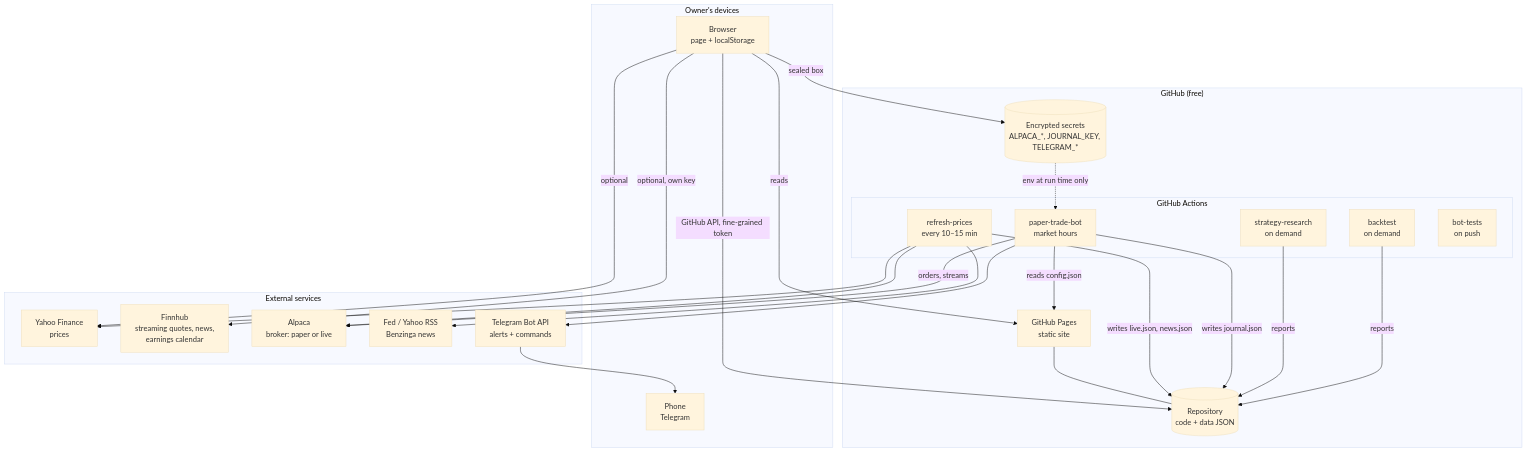
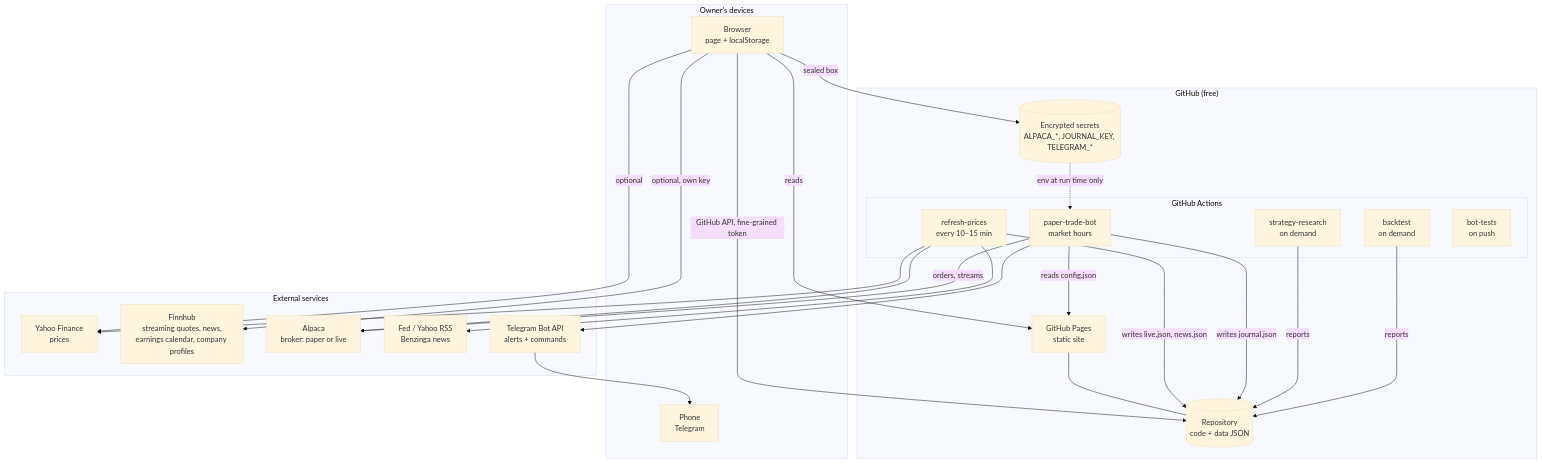
The third of 7 diagrams in docs/ARCHITECTURE.md (harimula/signal-desk), drawn with Mermaid (base theme) before and after one commit. The commit also changed other lines of this file and 5 other files, not shown here.

First line of the commit message:
Earnings: Big companies board, gold band for big companies in the full calendar

````diff
--- a/docs/ARCHITECTURE.md
+++ b/docs/ARCHITECTURE.md
@@ -109,43 +109,43 @@
 ```mermaid
 flowchart TB
   subgraph Owner["Owner's devices"]
     BR[Browser<br/>page + localStorage]
     PH[Phone<br/>Telegram]
   end
 
   subgraph GH["GitHub (free)"]
     REPO[(Repository<br/>code + data JSON)]
     PAGES[GitHub Pages<br/>static site]
     SEC[(Encrypted secrets<br/>ALPACA_*, JOURNAL_KEY, TELEGRAM_*)]
     subgraph ACT["GitHub Actions"]
       RF[refresh-prices<br/>every 10–15 min]
       TR[paper-trade-bot<br/>market hours]
       RS[strategy-research<br/>on demand]
       BT[backtest<br/>on demand]
       TS[bot-tests<br/>on push]
     end
   end
 
   subgraph EXT["External services"]
     YF[Yahoo Finance<br/>prices]
-    FH[Finnhub<br/>streaming quotes, news,<br/>earnings calendar]
+    FH[Finnhub<br/>streaming quotes, news,<br/>earnings calendar, company profiles]
     AL[Alpaca<br/>broker: paper or live]
     RSS[Fed / Yahoo RSS<br/>Benzinga news]
     NT[Telegram Bot API<br/>alerts + commands]
   end
 
   BR -->|reads| PAGES
   BR -->|optional| YF
   BR -->|optional, own key| FH
   BR -->|GitHub API, fine-grained token| REPO
   BR -->|sealed box| SEC
   PAGES --- REPO
   RF -->|writes live.json, news.json| REPO
   RF --> YF & RSS & AL
   TR -->|reads config.json| PAGES
   TR -->|orders, streams| AL
   TR -->|writes journal.json| REPO
   TR --> NT --> PH
   SEC -.->|env at run time only| TR
   RS & BT -->|reports| REPO
 ```
````
